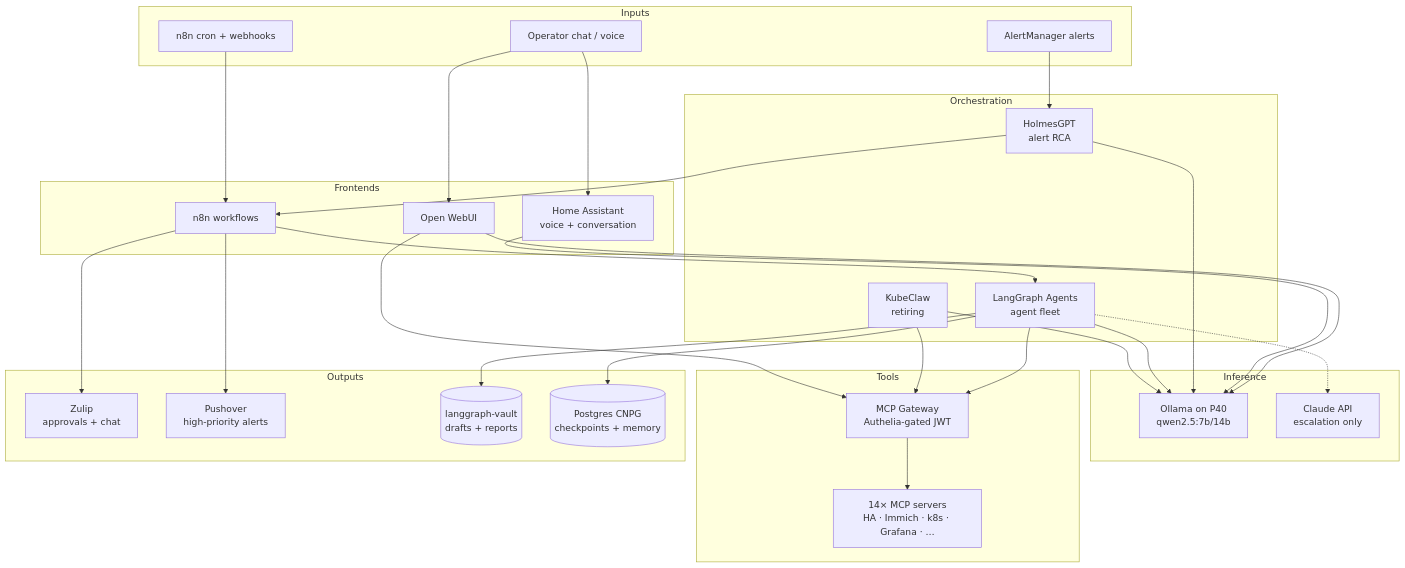
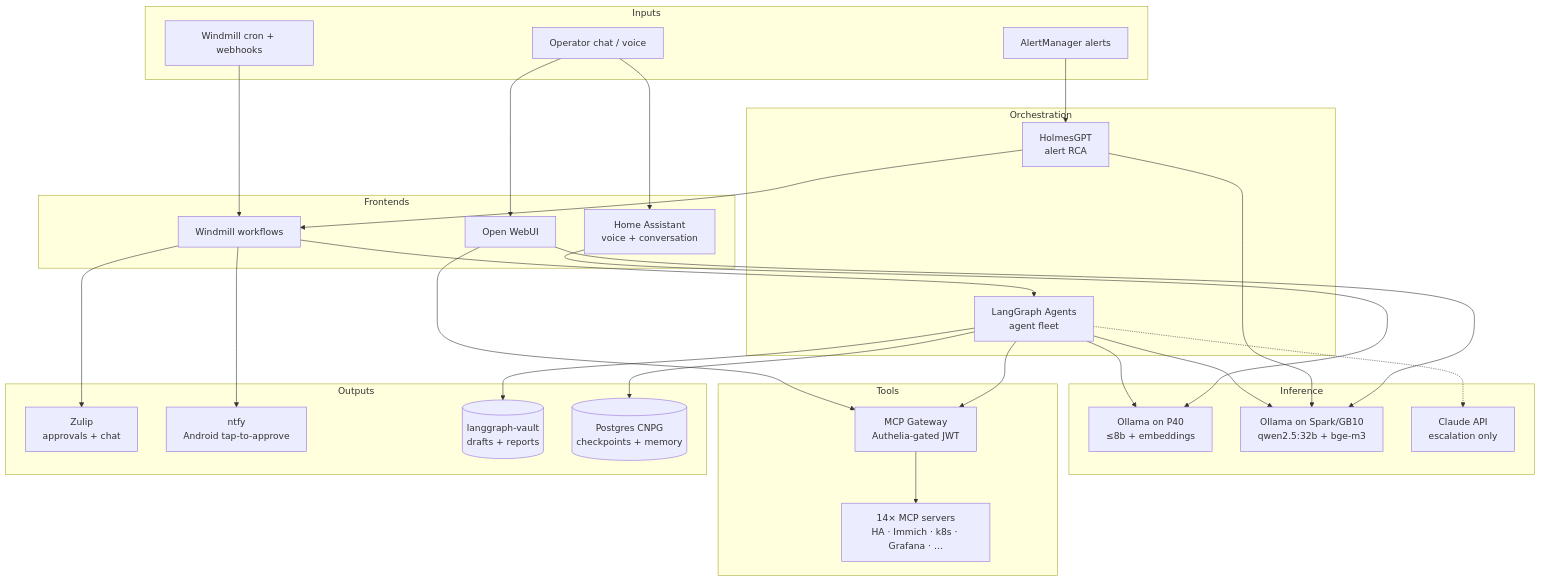
Before and after one commit to rwlove/home-ops: the second of 3 diagrams in README.md, drawn with Mermaid. The commit also changed other lines of this file and 2 other files, not shown here.

````diff
--- a/README.md
+++ b/README.md
@@ -300,62 +311,61 @@
 ```mermaid
 flowchart TB
     subgraph Inputs[Inputs]
         AM[AlertManager alerts]
         Op[Operator chat / voice]
-        Cron[n8n cron + webhooks]
+        Cron[Windmill cron + webhooks]
     end
 
     subgraph Frontends[Frontends]
         OWUI[Open WebUI]
         HA[Home Assistant<br/>voice + conversation]
-        N8N[n8n workflows]
+        WM[Windmill workflows]
     end
 
     subgraph Orchestration[Orchestration]
         Holmes[HolmesGPT<br/>alert RCA]
         LG[LangGraph Agents<br/>agent fleet]
-        KC[KubeClaw<br/>retiring]
     end
 
     subgraph Inference[Inference]
-        Ollama[Ollama on P40<br/>qwen2.5:7b/14b]
+        OllamaP40[Ollama on P40<br/>≤8b + embeddings]
+        OllamaSpark[Ollama on Spark/GB10<br/>qwen2.5:32b + bge-m3]
         Claude[Claude API<br/>escalation only]
     end
 
     subgraph Tools[Tools]
         Gw[MCP Gateway<br/>Authelia-gated JWT]
         Servers[14× MCP servers<br/>HA · Immich · k8s · Grafana · …]
     end
 
     subgraph Outputs[Outputs]
         Z[Zulip<br/>approvals + chat]
-        P[Pushover<br/>high-priority alerts]
+        N[ntfy<br/>Android tap-to-approve]
         V[(langgraph-vault<br/>drafts + reports)]
         DB[(Postgres CNPG<br/>checkpoints + memory)]
     end
 
     AM --> Holmes
     Op --> OWUI
     Op --> HA
-    Cron --> N8N
+    Cron --> WM
 
-    OWUI --> Ollama
-    HA --> Ollama
-    N8N --> LG
+    OWUI --> OllamaSpark
+    HA --> OllamaP40
+    WM --> LG
 
-    Holmes --> Ollama
-    LG --> Ollama
+    Holmes --> OllamaSpark
+    LG --> OllamaSpark
+    LG --> OllamaP40
     LG -.-> Claude
-    KC --> Ollama
 
-    Holmes --> N8N
+    Holmes --> WM
     LG --> Gw
-    KC --> Gw
     OWUI --> Gw
     Gw --> Servers
 
-    N8N --> Z
-    N8N --> P
+    WM --> Z
+    WM --> N
     LG --> V
     LG --> DB
 ```
````
